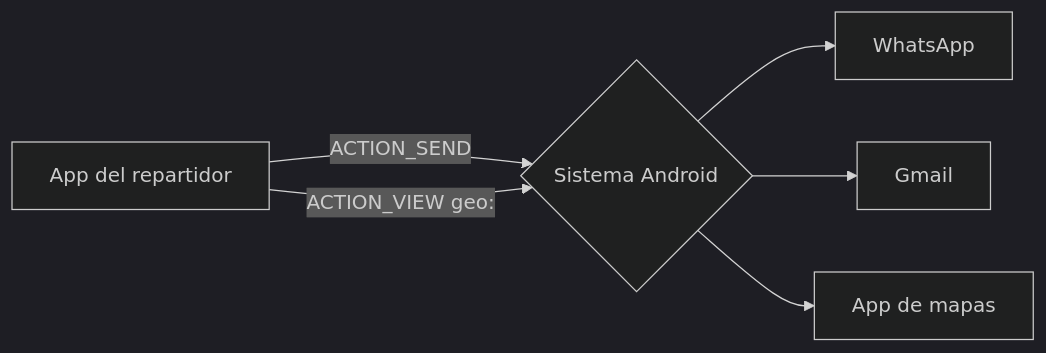
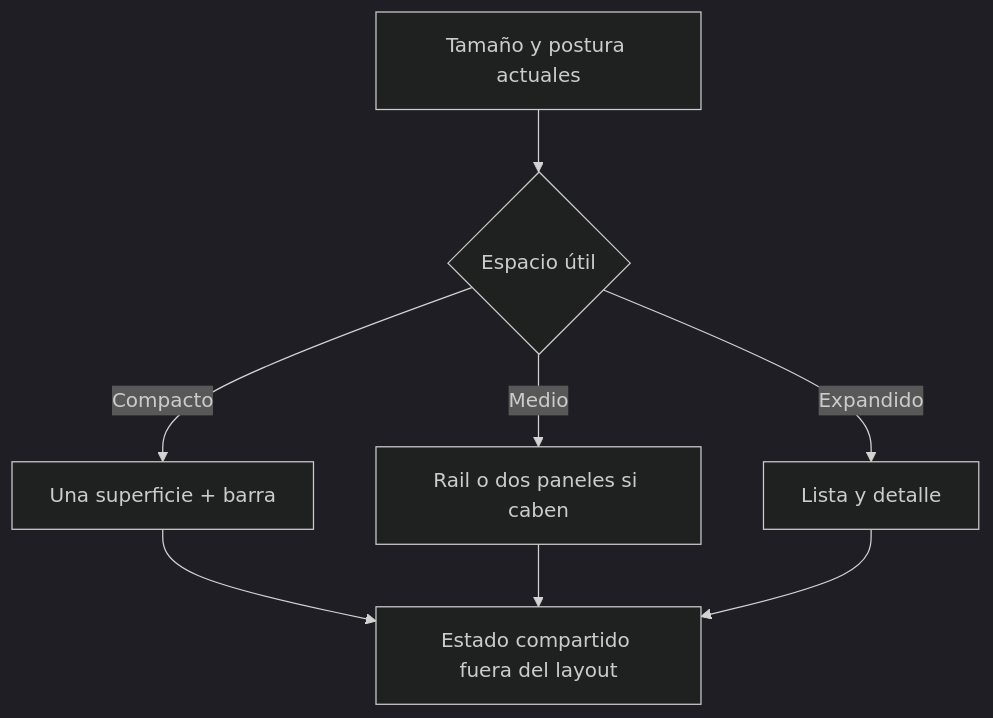
Before and after one commit to NICORUIZ93/The_Imperial_Book: the second of 9 diagrams in web/public/content/android/modulo-15.md, drawn with Mermaid (dark theme). The commit also changed other lines of this file and 305 other files, not shown here.

````diff
--- a/web/public/content/android/modulo-15.md
+++ b/web/public/content/android/modulo-15.md
@@ -43,8 +249,10 @@
 ```mermaid
-flowchart LR
-    A[App del repartidor] -- ACTION_SEND --> S{Sistema Android}
-    S --> W[WhatsApp]
-    S --> G[Gmail]
-    A -- ACTION_VIEW geo: --> S
-    S --> M[App de mapas]
+flowchart TD
+    W[Tamaño y postura actuales] --> C{Espacio útil}
+    C -->|Compacto| O[Una superficie + barra]
+    C -->|Medio| M[Rail o dos paneles si caben]
+    C -->|Expandido| E[Lista y detalle]
+    O --> S[Estado compartido fuera del layout]
+    M --> S
+    E --> S
 ```
````
